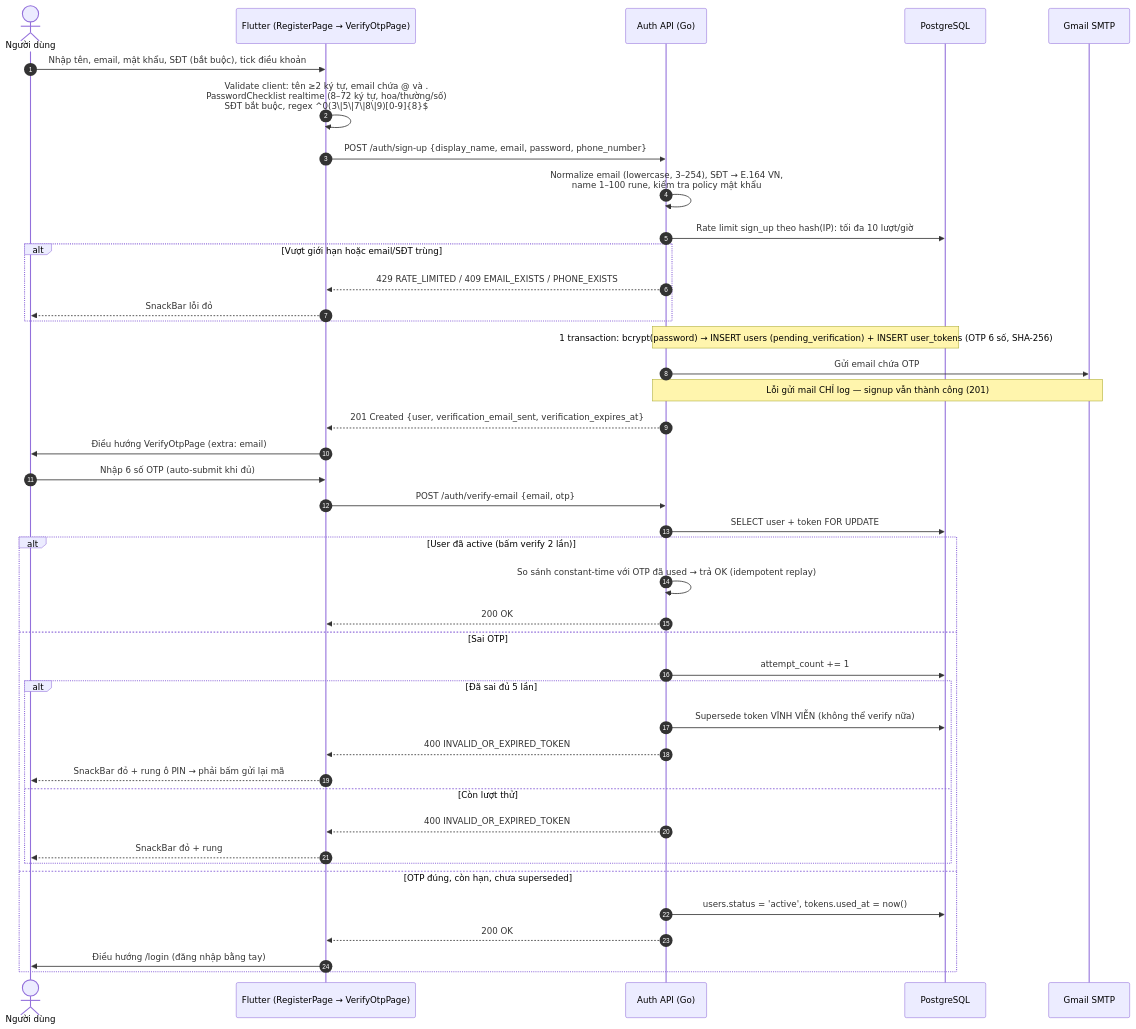
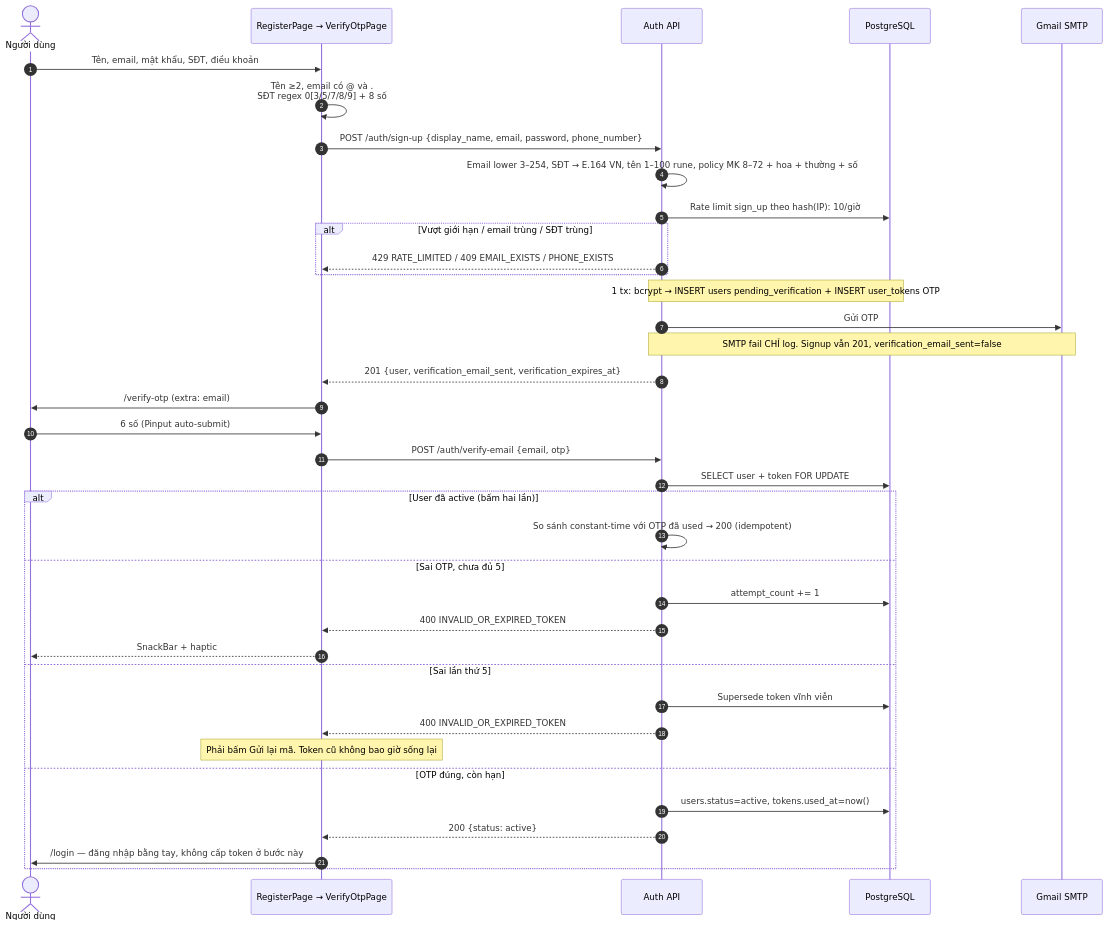
Before and after one commit to FintechVSF-Tranning/PaySplit-RP: the first of 8 diagrams in flow/01-auth.md, drawn with Mermaid. The commit also changed other lines of this file and 8 other files, not shown here.

First line of the commit message:
feat: implement realtime event channel for user sessions with SSE

````diff
--- a/flow/01-auth.md
+++ b/flow/01-auth.md
@@ -68,46 +96,42 @@
 ```mermaid
 sequenceDiagram
     autonumber
     actor U as Người dùng
-    participant FE as Flutter (RegisterPage → VerifyOtpPage)
-    participant BE as Auth API (Go)
+    participant FE as RegisterPage → VerifyOtpPage
+    participant BE as Auth API
     participant DB as PostgreSQL
     participant Mail as Gmail SMTP
 
-    U->>FE: Nhập tên, email, mật khẩu, SĐT (bắt buộc), tick điều khoản
-    FE->>FE: Validate client: tên ≥2 ký tự, email chứa @ và .<br/>PasswordChecklist realtime (8–72 ký tự, hoa/thường/số)<br/>SĐT bắt buộc, regex ^0(3\|5\|7\|8\|9)[0-9]{8}$
+    U->>FE: Tên, email, mật khẩu, SĐT, điều khoản
+    FE->>FE: Tên ≥2, email có @ và .<br/>SĐT regex 0[3/5/7/8/9] + 8 số
     FE->>BE: POST /auth/sign-up {display_name, email, password, phone_number}
-    BE->>BE: Normalize email (lowercase, 3–254), SĐT → E.164 VN,<br/>name 1–100 rune, kiểm tra policy mật khẩu
-    BE->>DB: Rate limit sign_up theo hash(IP): tối đa 10 lượt/giờ
-    alt Vượt giới hạn hoặc email/SĐT trùng
+    BE->>BE: Email lower 3–254, SĐT → E.164 VN, tên 1–100 rune, policy MK 8–72 + hoa + thường + số
+    BE->>DB: Rate limit sign_up theo hash(IP): 10/giờ
+    alt Vượt giới hạn / email trùng / SĐT trùng
         BE-->>FE: 429 RATE_LIMITED / 409 EMAIL_EXISTS / PHONE_EXISTS
-        FE-->>U: SnackBar lỗi đỏ
     end
-    Note over BE,DB: 1 transaction: bcrypt(password) → INSERT users (pending_verification) + INSERT user_tokens (OTP 6 số, SHA-256)
-    BE->>Mail: Gửi email chứa OTP
-    Note over BE,Mail: Lỗi gửi mail CHỈ log — signup vẫn thành công (201)
-    BE-->>FE: 201 Created {user, verification_email_sent, verification_expires_at}
-    FE->>U: Điều hướng VerifyOtpPage (extra: email)
+    Note over BE,DB: 1 tx: bcrypt → INSERT users pending_verification + INSERT user_tokens OTP
+    BE->>Mail: Gửi OTP
+    Note over BE,Mail: SMTP fail CHỈ log. Signup vẫn 201, verification_email_sent=false
+    BE-->>FE: 201 {user, verification_email_sent, verification_expires_at}
+    FE->>U: /verify-otp (extra: email)
 
-    U->>FE: Nhập 6 số OTP (auto-submit khi đủ)
+    U->>FE: 6 số (Pinput auto-submit)
     FE->>BE: POST /auth/verify-email {email, otp}
     BE->>DB: SELECT user + token FOR UPDATE
-    alt User đã active (bấm verify 2 lần)
-        BE->>BE: So sánh constant-time với OTP đã used → trả OK (idempotent replay)
-        BE-->>FE: 200 OK
-    else Sai OTP
+    alt User đã active (bấm hai lần)
+        BE->>BE: So sánh constant-time với OTP đã used → 200 (idempotent)
+    else Sai OTP, chưa đủ 5
         BE->>DB: attempt_count += 1
-        alt Đã sai đủ 5 lần
-            BE->>DB: Supersede token VĨNH VIỄN (không thể verify nữa)
-            BE-->>FE: 400 INVALID_OR_EXPIRED_TOKEN
-            FE-->>U: SnackBar đỏ + rung ô PIN → phải bấm gửi lại mã
-        else Còn lượt thử
-            BE-->>FE: 400 INVALID_OR_EXPIRED_TOKEN
-            FE-->>U: SnackBar đỏ + rung
-        end
-    else OTP đúng, còn hạn, chưa superseded
-        BE->>DB: users.status = 'active', tokens.used_at = now()
-        BE-->>FE: 200 OK
-        FE->>U: Điều hướng /login (đăng nhập bằng tay)
+        BE-->>FE: 400 INVALID_OR_EXPIRED_TOKEN
+        FE-->>U: SnackBar + haptic
+    else Sai lần thứ 5
+        BE->>DB: Supersede token vĩnh viễn
+        BE-->>FE: 400 INVALID_OR_EXPIRED_TOKEN
+        Note over FE: Phải bấm Gửi lại mã. Token cũ không bao giờ sống lại
+    else OTP đúng, còn hạn
+        BE->>DB: users.status=active, tokens.used_at=now()
+        BE-->>FE: 200 {status: active}
+        FE->>U: /login — đăng nhập bằng tay, không cấp token ở bước này
     end
 ```
````
